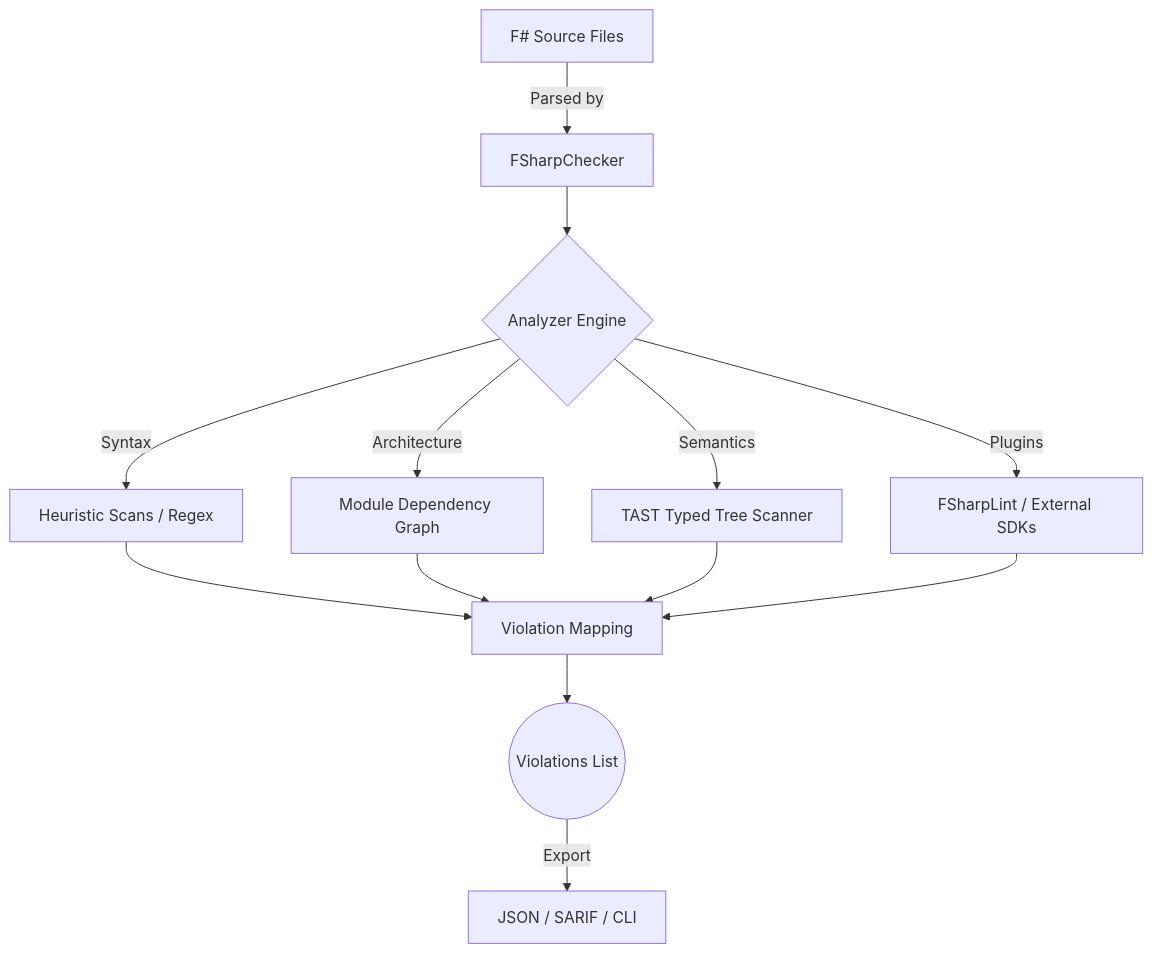
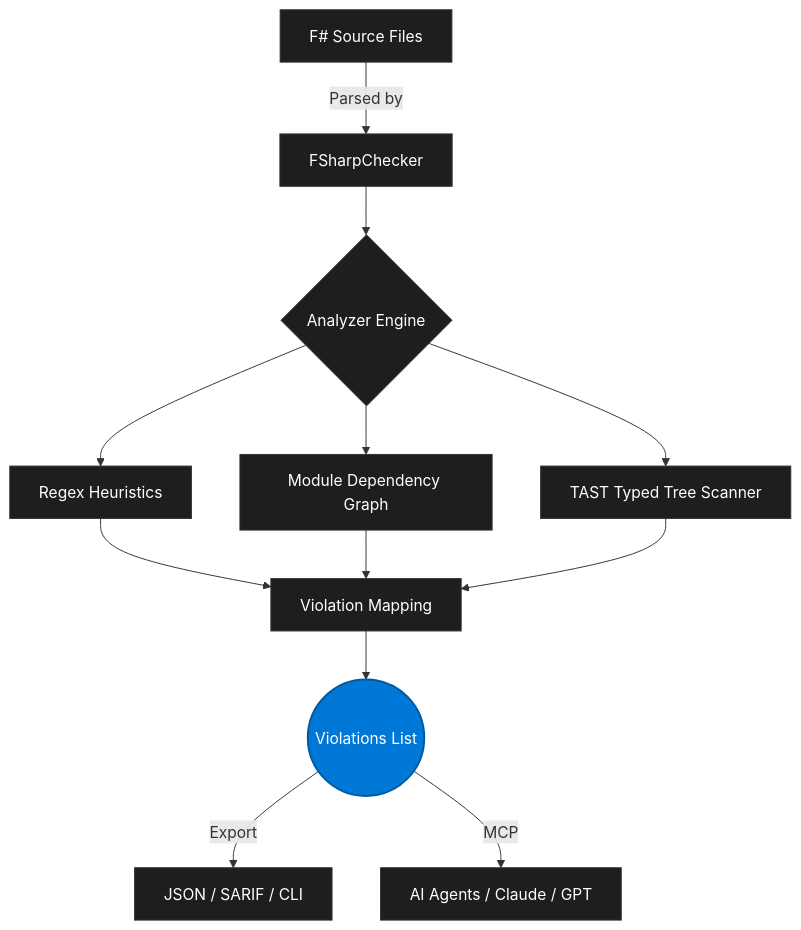
The diagram in README.md (CanonFlow-Assay/FSharpAssay), drawn with Mermaid before and after one commit. The commit also changed other lines of this file and 75 other files, not shown here.

````diff
--- a/README.md
+++ b/README.md
@@ -35,18 +35,21 @@
 ```mermaid
 graph TD
+    classDef default fill:#1e1e1e,stroke:#333,stroke-width:1px,color:#fff;
+    classDef highlight fill:#0078D7,stroke:#005A9E,stroke-width:2px,color:#fff;
+    
     A[F# Source Files] -->|Parsed by| B[FSharpChecker]
     B --> C{Analyzer Engine}
     
-    C -->|Syntax| D[Heuristic Scans / Regex]
-    C -->|Architecture| E[Module Dependency Graph]
-    C -->|Semantics| F[TAST Typed Tree Scanner]
-    C -->|Plugins| G[FSharpLint / External SDKs]
+    C --> D[Regex Heuristics]
+    C --> E[Module Dependency Graph]
+    C --> F[TAST Typed Tree Scanner]
     
     D --> H[Violation Mapping]
     E --> H
     F --> H
-    G --> H
     
     H --> I((Violations List))
+    class I highlight
     I -->|Export| J[JSON / SARIF / CLI]
+    I -->|MCP| K[AI Agents / Claude / GPT]
 ```
````
